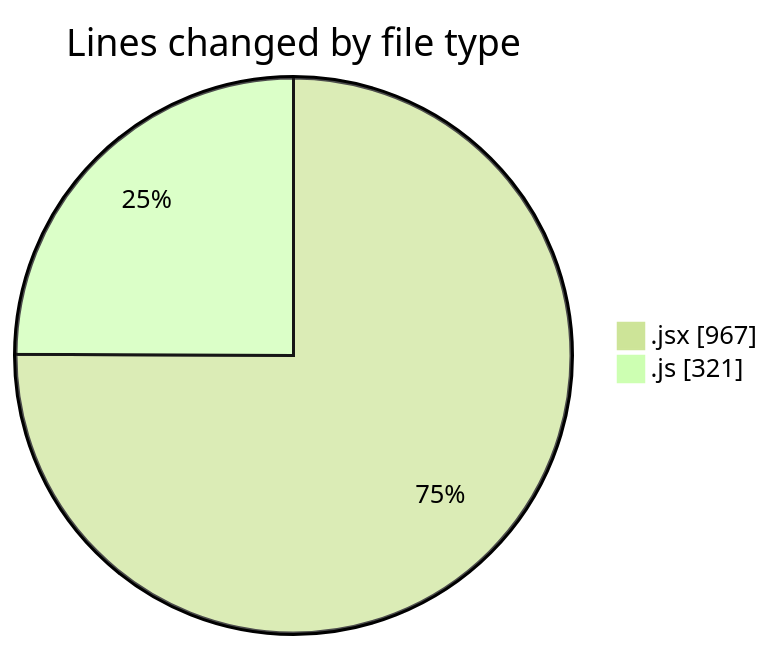
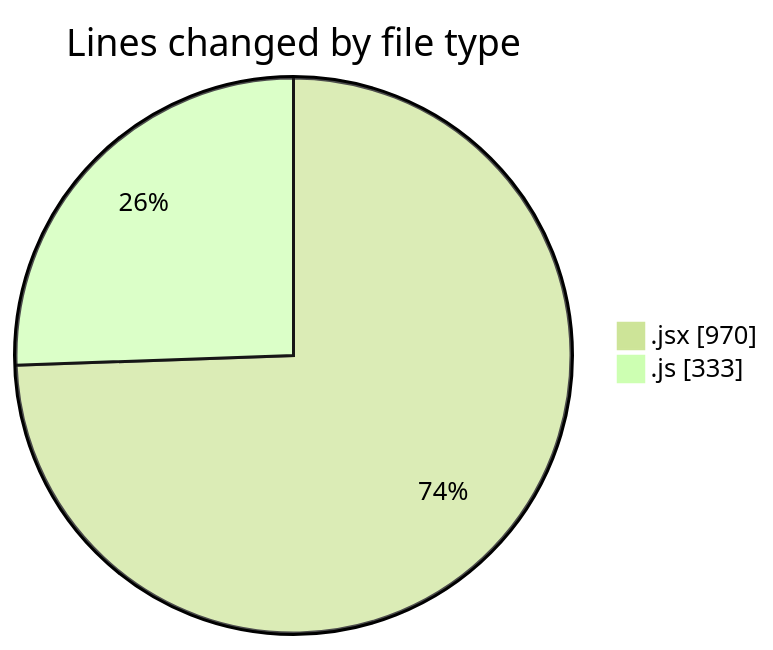
One commit to nxtqubesakshisongat/code-tracking changed the first of 2 diagrams in 2025-06-30/argos/README.md. Above: the diagram before and after it, drawn with Mermaid (forest theme). The commit also changed other lines of this file and 1 other file, not shown here.

````diff
--- a/2025-06-30/argos/README.md
+++ b/2025-06-30/argos/README.md
@@ -24,6 +24,6 @@
 ```mermaid
 pie showData
 title Lines changed by file type
-".jsx" : 967
-".js" : 321
+".jsx" : 970
+".js" : 333
 ```
````
